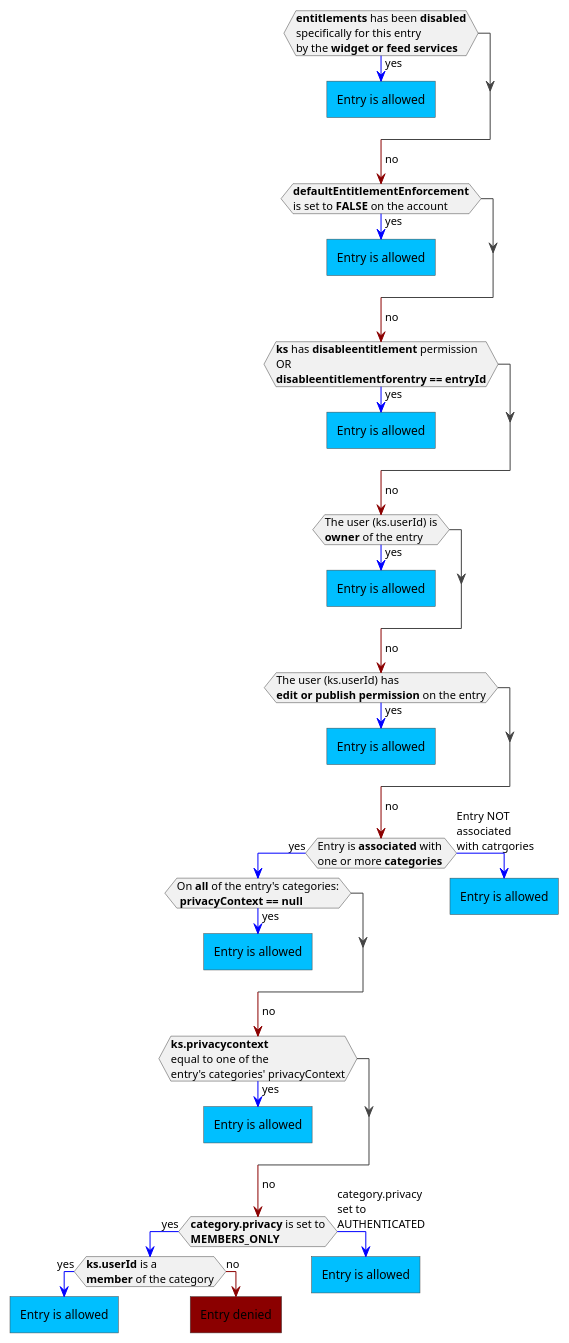
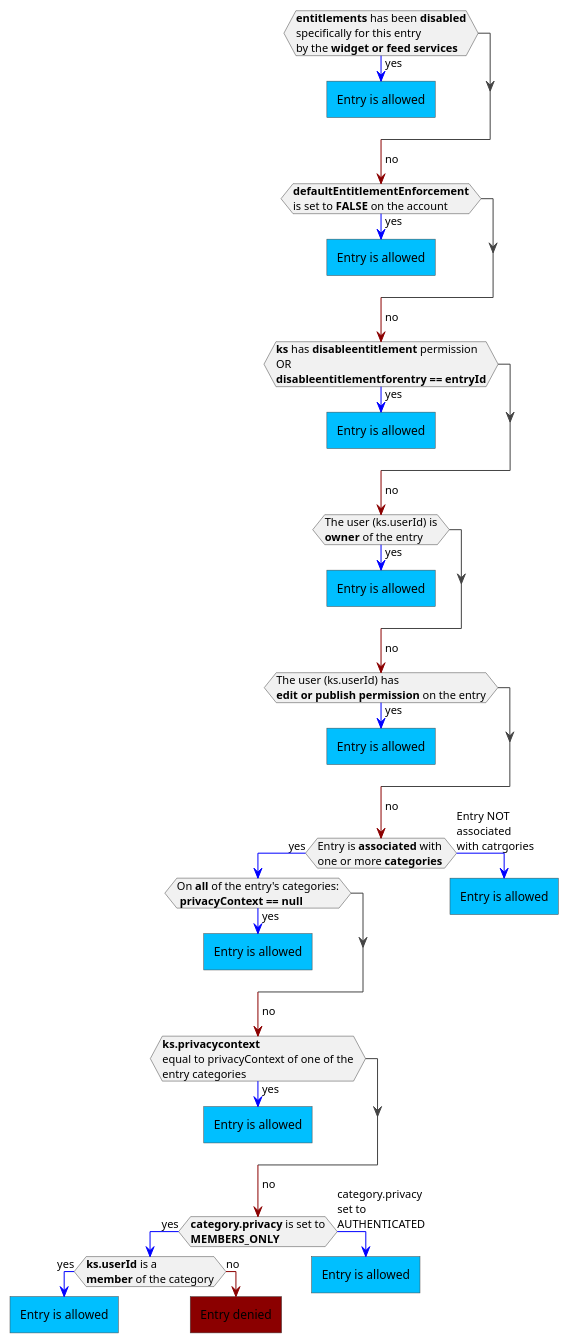
One commit to kaltura/DeveloperPortalDocs changed the diagram in documentation/03_Media-Management/Content-Entitlements-Privacy-Enforcement.md. Above: the diagram before and after it, drawn with PlantUML.

```diff
--- a/documentation/03_Media-Management/Content-Entitlements-Privacy-Enforcement.md
+++ b/documentation/03_Media-Management/Content-Entitlements-Privacy-Enforcement.md
@@ -16,72 +16,72 @@
 {% plantuml %}
 @startuml
 skinparam shadowing false
 skinparam activityBorderColor #444444
 skinparam activityArrowColor #444444
 if (**entitlements** has been **disabled**\nspecifically for this entry\nby the **widget or feed services**) then (yes)
 -[#blue]->
     #DeepSkyBlue:Entry is allowed]
     detach
 endif
 -[#DarkRed]-> no;
 if (**defaultEntitlementEnforcement**\nis set to **FALSE** on the account) then (yes)
 -[#blue]->
     #DeepSkyBlue:Entry is allowed]
     detach
 endif
 -[#DarkRed]-> no;
 if (**ks** has **disableentitlement** permission\nOR\n**disableentitlementforentry == entryId**) then (yes)
 -[#blue]->
     #DeepSkyBlue:Entry is allowed]
     detach
 endif
 -[#DarkRed]-> no;
 if (The user (ks.userId) is\n**owner** of the entry) then (yes)
 -[#blue]->
     #DeepSkyBlue:Entry is allowed]
     detach
 endif
 -[#DarkRed]-> no;
 if (The user (ks.userId) has\n**edit or publish permission** on the entry) then (yes)
 -[#blue]->
     #DeepSkyBlue:Entry is allowed]
     detach
 endif
 -[#DarkRed]-> no;
 if (Entry is **associated** with \none or more **categories**) then (yes)
 -[#blue]->
     if (On **all** of the entry's categories:\n **privacyContext == null**) then (yes)
     -[#blue]->
         #DeepSkyBlue:Entry is allowed]
         detach
     endif
     -[#DarkRed]-> no;
-    if (**ks.privacycontext**\nequal to one of the\nentry's categories' privacyContext) then (yes)
+    if (**ks.privacycontext**\nequal to privacyContext of one of the\nentry categories) then (yes)
     -[#blue]->
         #DeepSkyBlue:Entry is allowed]
         detach
     endif
     -[#DarkRed]-> no;
     if (**category.privacy** is set to\n**MEMBERS_ONLY**) then (yes)
     -[#blue]->
         if (**ks.userId** is a\n**member** of the category) then (yes)
         -[#blue]->
             #DeepSkyBlue:Entry is allowed]
             detach
         else (no)
         -[#DarkRed]->
             #DarkRed:Entry denied]
             detach
         endif
     else (category.privacy\nset to\nAUTHENTICATED) 
     -[#blue]->
         #DeepSkyBlue:Entry is allowed]
         detach
     endif
 else (Entry NOT\nassociated\nwith catrgories)
 -[#blue]->
     #DeepSkyBlue:Entry is allowed]
     detach
 endif
 @enduml
 {% endplantuml %}
```
